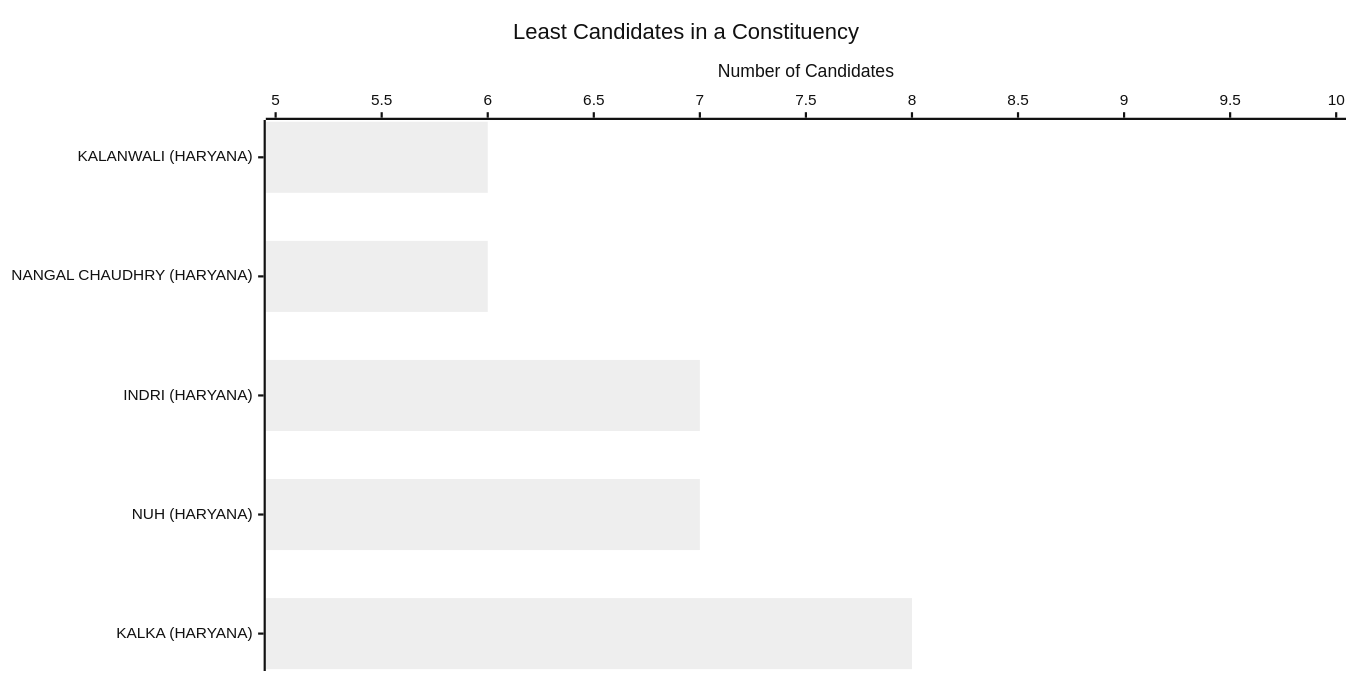
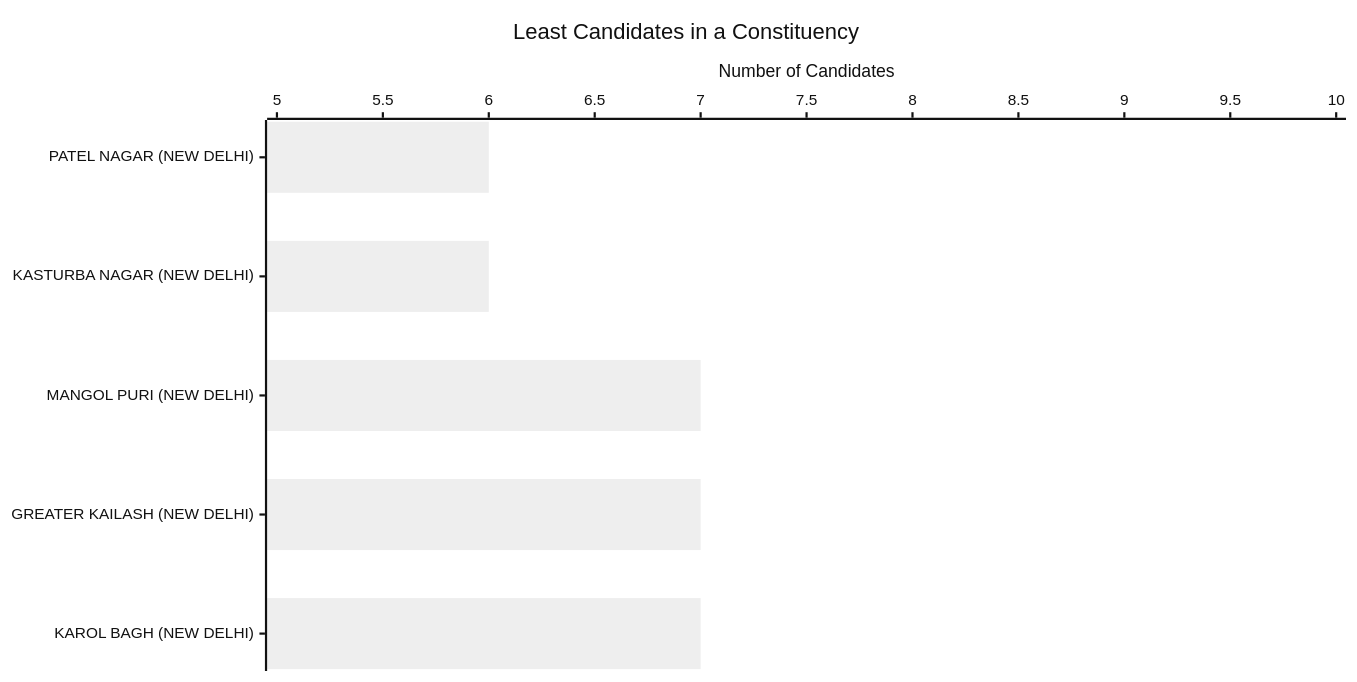
One commit to arjunswaj/elections changed the tenth of 19 diagrams in NEWDELHI-GRAPH.md. Above: the diagram before and after it, drawn with Mermaid (neutral theme). The commit also changed other lines of this file, not shown here.

Commit message:
Updating the Graphical format

````diff
--- a/NEWDELHI-GRAPH.md
+++ b/NEWDELHI-GRAPH.md
@@ -194,14 +193,14 @@
 ```mermaid
 ---
 config:
     xyChart:
         width: 1200
         height: 600
         chartOrientation: horizontal
 ---
 xychart-beta
     title "Least Candidates in a Constituency"
-    x-axis ["KALANWALI (HARYANA)", "NANGAL CHAUDHRY (HARYANA)", "INDRI (HARYANA)", "NUH (HARYANA)", "KALKA (HARYANA)"]
+    x-axis ["PATEL NAGAR (NEW DELHI)", "KASTURBA NAGAR (NEW DELHI)", "MANGOL PURI (NEW DELHI)", "GREATER KAILASH (NEW DELHI)", "KAROL BAGH (NEW DELHI)"]
     y-axis "Number of Candidates" 5 --> 10
-    bar [6, 6, 7, 7, 8]
+    bar [6, 6, 7, 7, 7]
 ```
````
